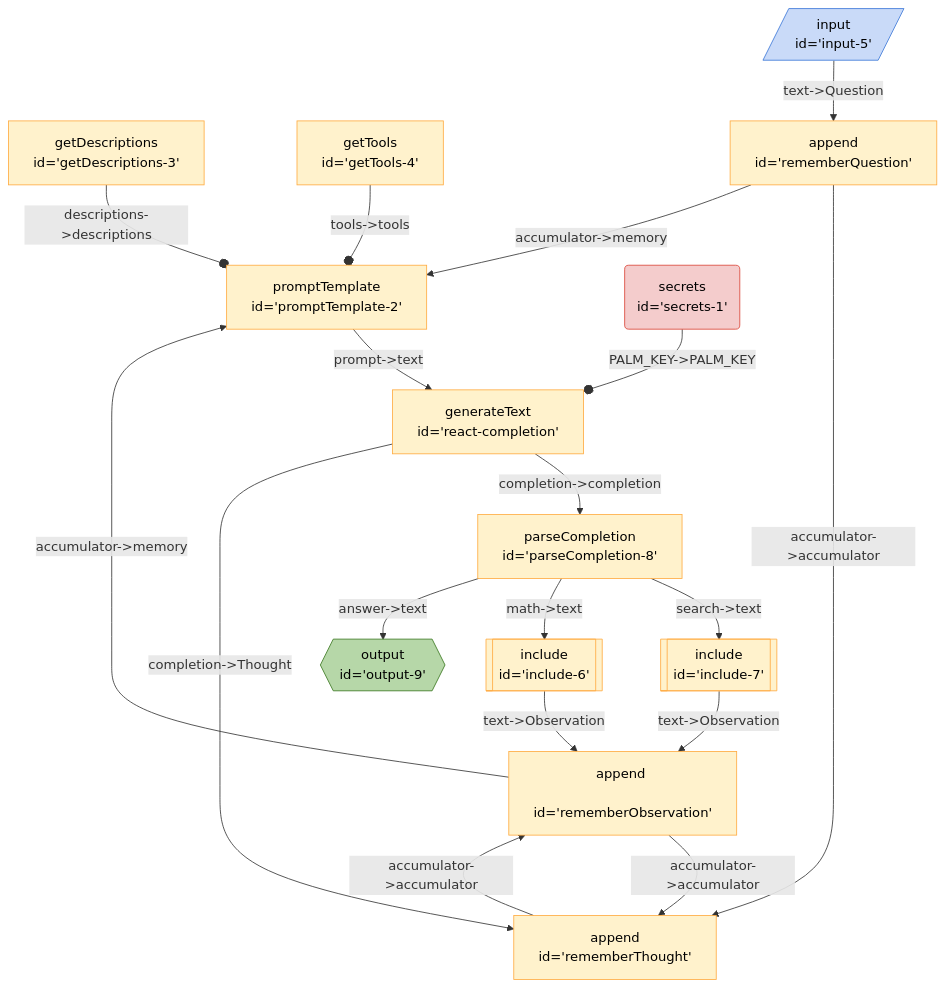
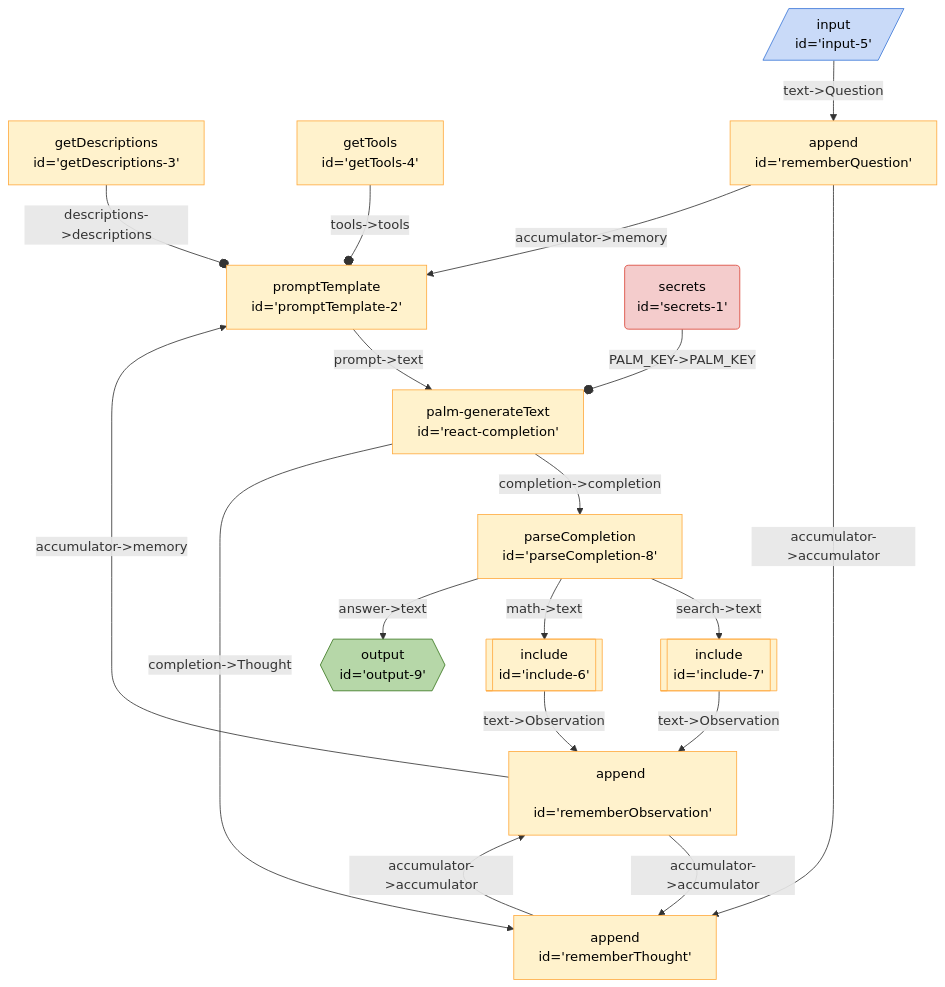
The diagram in seeds/graph-playground/docs/graphs/react-with-include.md (breadboard-ai/breadboard), drawn with Mermaid before and after one commit. The commit also changed 55 other files, not shown here.

````diff
--- a/seeds/graph-playground/docs/graphs/react-with-include.md
+++ b/seeds/graph-playground/docs/graphs/react-with-include.md
@@ -5,29 +5,29 @@
   ```mermaid
   %%{init: 'themeVariables': { 'fontFamily': 'Fira Code, monospace' }}%%
 graph TD;
 getDescriptions3["getDescriptions <br> id='getDescriptions-3'"] -- "descriptions->descriptions" --o promptTemplate2["promptTemplate <br> id='promptTemplate-2'"]
 getTools4["getTools <br> id='getTools-4'"] -- "tools->tools" --o promptTemplate2["promptTemplate <br> id='promptTemplate-2'"]
 rememberObservation["append <br> id='rememberObservation'"] -- "accumulator->memory" --> promptTemplate2["promptTemplate <br> id='promptTemplate-2'"]
 rememberThought["append <br> id='rememberThought'"] -- "accumulator->accumulator" --> rememberObservation["append <br> id='rememberObservation'"]
 rememberObservation["append <br> id='rememberObservation'"] -- "accumulator->accumulator" --> rememberThought["append <br> id='rememberThought'"]
 rememberQuestion["append <br> id='rememberQuestion'"] -- "accumulator->accumulator" --> rememberThought["append <br> id='rememberThought'"]
 rememberQuestion["append <br> id='rememberQuestion'"] -- "accumulator->memory" --> promptTemplate2["promptTemplate <br> id='promptTemplate-2'"]
 input5[/"input <br> id='input-5'"/]:::input -- "text->Question" --> rememberQuestion["append <br> id='rememberQuestion'"]
-secrets1("secrets <br> id='secrets-1'"):::secrets -- "PALM_KEY->PALM_KEY" --o reactcompletion["generateText <br> id='react-completion'"]
+secrets1("secrets <br> id='secrets-1'"):::secrets -- "PALM_KEY->PALM_KEY" --o reactcompletion["palm-generateText <br> id='react-completion'"]
 include6[["include <br> id='include-6'"]]:::include -- "text->Observation" --> rememberObservation["append <br> id='rememberObservation'"]
 include7[["include <br> id='include-7'"]]:::include -- "text->Observation" --> rememberObservation["append <br> id='rememberObservation'"]
 parseCompletion8["parseCompletion <br> id='parseCompletion-8'"] -- "search->text" --> include7[["include <br> id='include-7'"]]:::include
 parseCompletion8["parseCompletion <br> id='parseCompletion-8'"] -- "math->text" --> include6[["include <br> id='include-6'"]]:::include
 parseCompletion8["parseCompletion <br> id='parseCompletion-8'"] -- "answer->text" --> output9{{"output <br> id='output-9'"}}:::output
-reactcompletion["generateText <br> id='react-completion'"] -- "completion->completion" --> parseCompletion8["parseCompletion <br> id='parseCompletion-8'"]
-reactcompletion["generateText <br> id='react-completion'"] -- "completion->Thought" --> rememberThought["append <br> id='rememberThought'"]
-promptTemplate2["promptTemplate <br> id='promptTemplate-2'"] -- "prompt->text" --> reactcompletion["generateText <br> id='react-completion'"]
+reactcompletion["palm-generateText <br> id='react-completion'"] -- "completion->completion" --> parseCompletion8["parseCompletion <br> id='parseCompletion-8'"]
+reactcompletion["palm-generateText <br> id='react-completion'"] -- "completion->Thought" --> rememberThought["append <br> id='rememberThought'"]
+promptTemplate2["promptTemplate <br> id='promptTemplate-2'"] -- "prompt->text" --> reactcompletion["palm-generateText <br> id='react-completion'"]
 classDef default stroke:#ffab40,fill:#fff2ccff,color:#000
 classDef input stroke:#3c78d8,fill:#c9daf8ff,color:#000
 classDef output stroke:#38761d,fill:#b6d7a8ff,color:#000
 classDef passthrough stroke:#a64d79,fill:#ead1dcff,color:#000
 classDef slot stroke:#a64d79,fill:#ead1dcff,color:#000
 classDef config stroke:#a64d79,fill:#ead1dcff,color:#000
 classDef secrets stroke:#db4437,fill:#f4cccc,color:#000
 classDef slotted stroke:#a64d79
   ```
````
